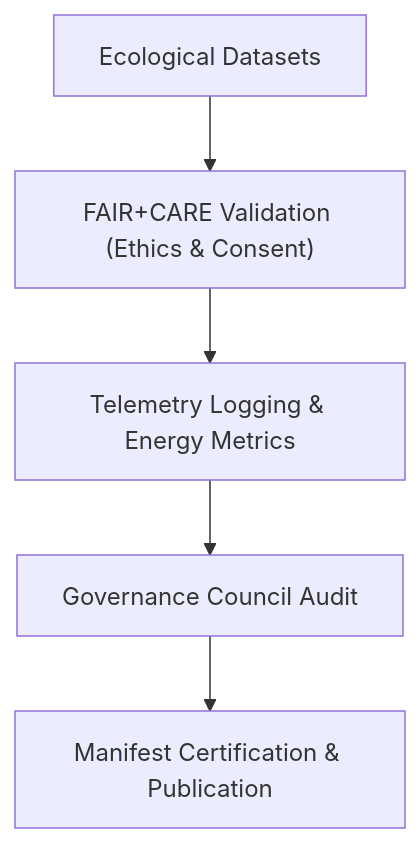
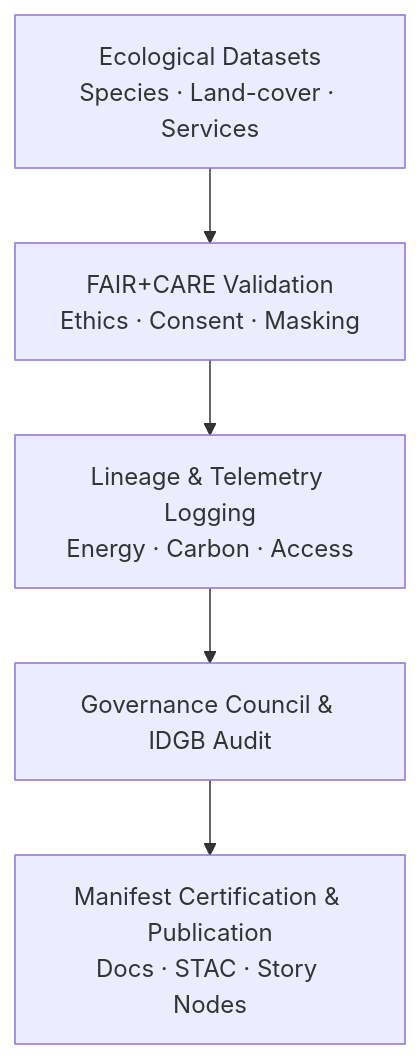
Before and after one commit to bartytime4life/Kansas-Frontier-Matrix: the diagram in docs/analyses/ecology/governance.md, drawn with Mermaid. The commit also changed other lines of this file, not shown here.

````diff
--- a/docs/analyses/ecology/governance.md
+++ b/docs/analyses/ecology/governance.md
@@ -70,7 +198,8 @@
-```mermaid
+~~~mermaid
 flowchart TD
-  A["Ecological Datasets"] --> B["FAIR+CARE Validation (Ethics & Consent)"]
-  B --> C["Telemetry Logging & Energy Metrics"]
-  C --> D["Governance Council Audit"]
-  D --> E["Manifest Certification & Publication"]
-```
+  A["Ecological Datasets<br/>Species · Land-cover · Services"]
+    --> B["FAIR+CARE Validation<br/>Ethics · Consent · Masking"]
+  B --> C["Lineage & Telemetry Logging<br/>Energy · Carbon · Access"]
+  C --> D["Governance Council & IDGB Audit"]
+  D --> E["Manifest Certification & Publication<br/>Docs · STAC · Story Nodes"]
+~~~
````
